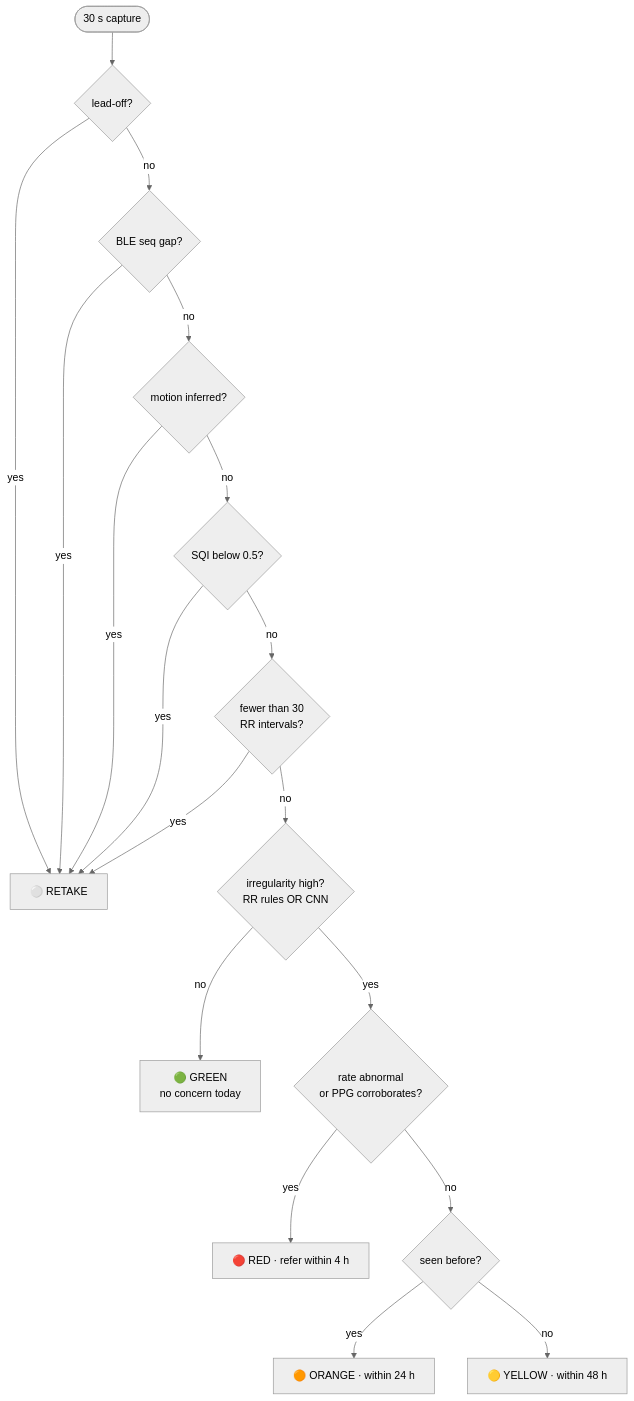
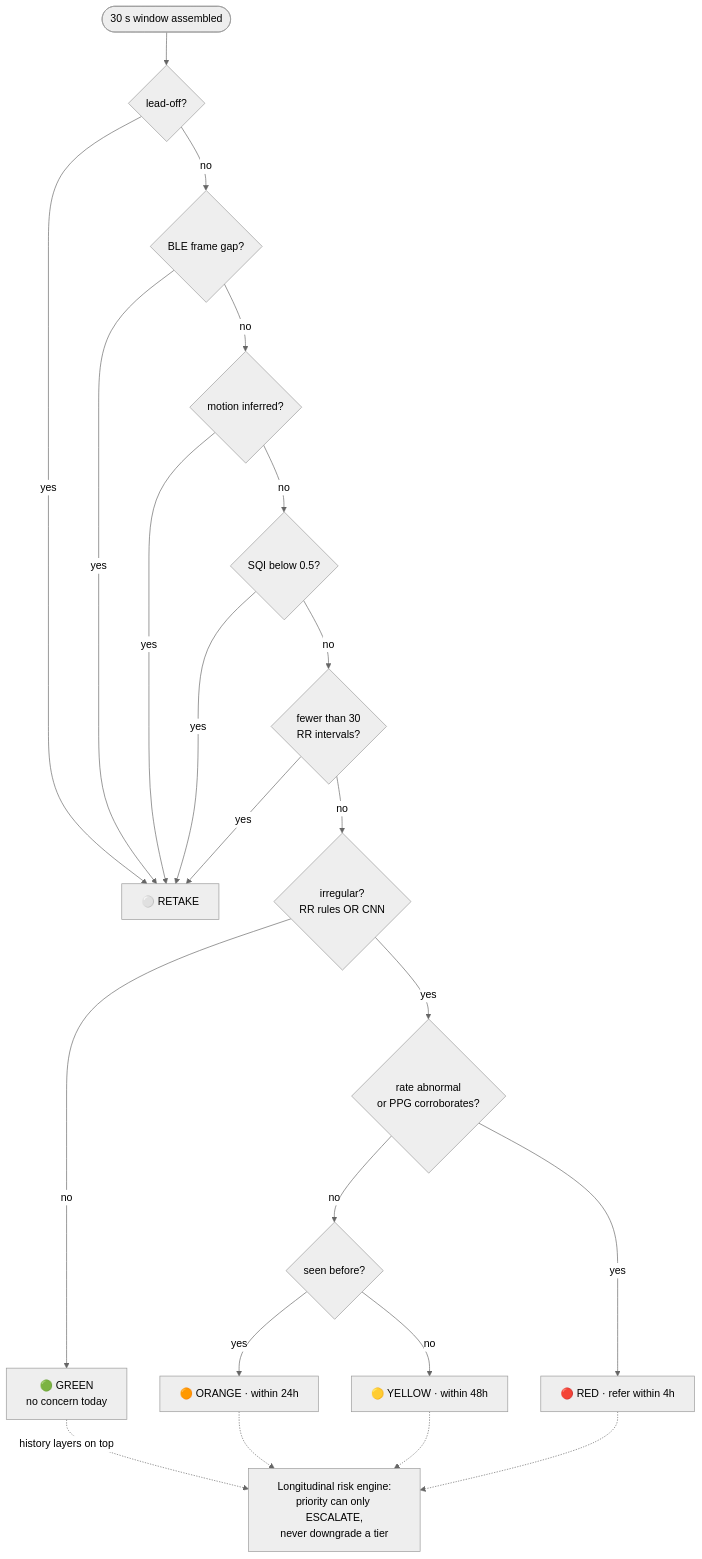
One commit to anubhavsinha201/CONGNIVISTA changed the third of 4 diagrams in README.md. Above: the diagram before and after it, drawn with Mermaid (neutral theme). The commit also changed other lines of this file and 2 other files, not shown here.

````diff
--- a/README.md
+++ b/README.md
@@ -100,21 +171,26 @@
 ```mermaid
 flowchart TD
-    START([30 s capture]) --> G1{lead-off?}
+    START([30 s window assembled]) --> G1{lead-off?}
     G1 -->|yes| R[⚪ RETAKE]
-    G1 -->|no| G2{BLE seq gap?}
+    G1 -->|no| G2{BLE frame gap?}
     G2 -->|yes| R
     G2 -->|no| G3{motion inferred?}
     G3 -->|yes| R
     G3 -->|no| G4{"SQI below 0.5?"}
     G4 -->|yes| R
     G4 -->|no| G5{"fewer than 30<br/>RR intervals?"}
     G5 -->|yes| R
-    G5 -->|no| S{"irregularity high?<br/>RR rules OR CNN"}
+    G5 -->|no| S{"irregular?<br/>RR rules OR CNN"}
 
     S -->|no| GREEN[🟢 GREEN<br/>no concern today]
     S -->|yes| HR{"rate abnormal<br/>or PPG corroborates?"}
-    HR -->|yes| RED[🔴 RED · refer within 4 h]
+    HR -->|yes| RED[🔴 RED · refer within 4h]
     HR -->|no| HIST{"seen before?"}
-    HIST -->|yes| ORANGE[🟠 ORANGE · within 24 h]
-    HIST -->|no| YELLOW[🟡 YELLOW · within 48 h]
+    HIST -->|yes| ORANGE[🟠 ORANGE · within 24h]
+    HIST -->|no| YELLOW[🟡 YELLOW · within 48h]
+
+    GREEN -.->|"history layers on top"| RISK["Longitudinal risk engine:<br/>priority can only ESCALATE,<br/>never downgrade a tier"]
+    ORANGE -.-> RISK
+    YELLOW -.-> RISK
+    RED -.-> RISK
 ```
````
